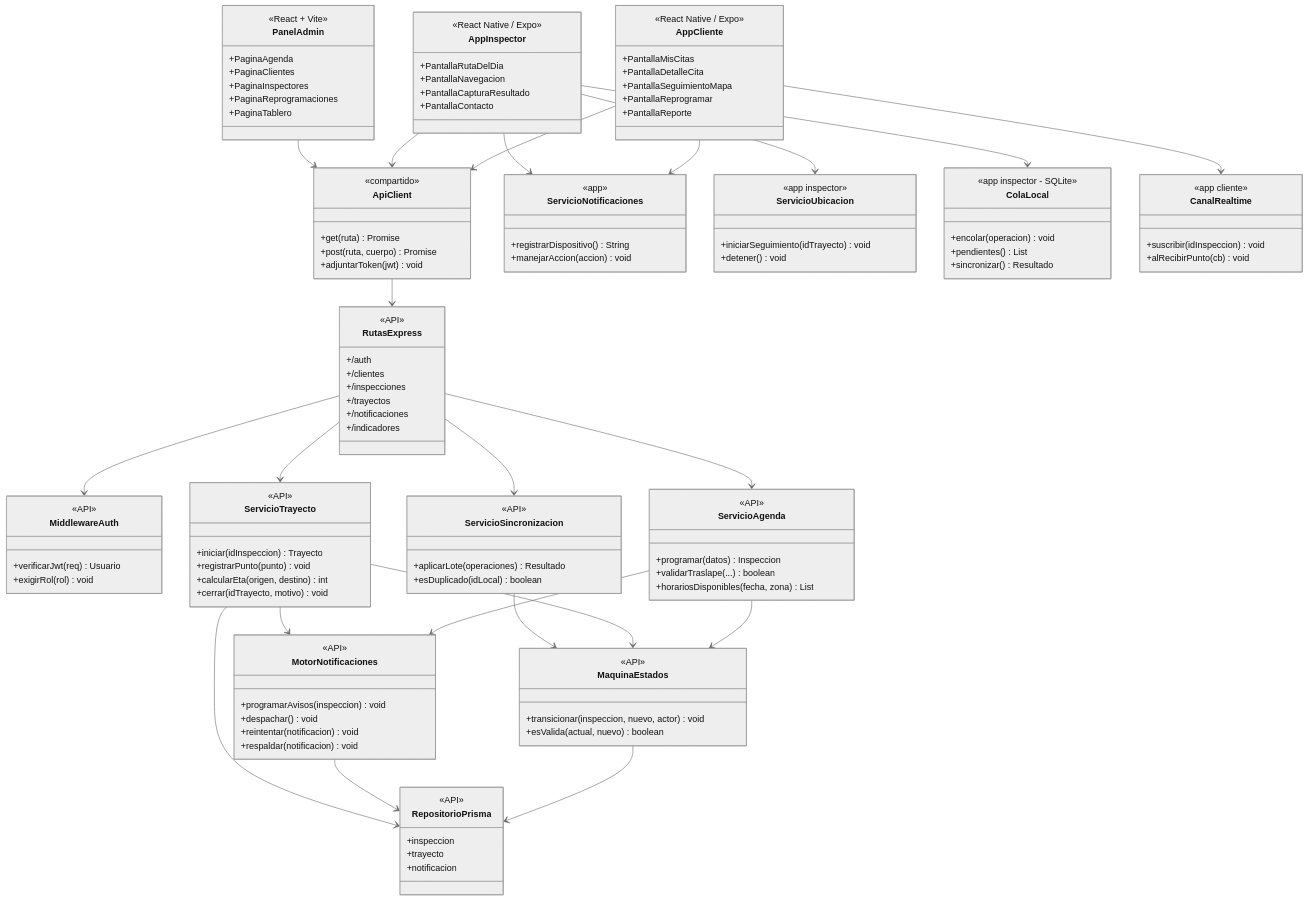
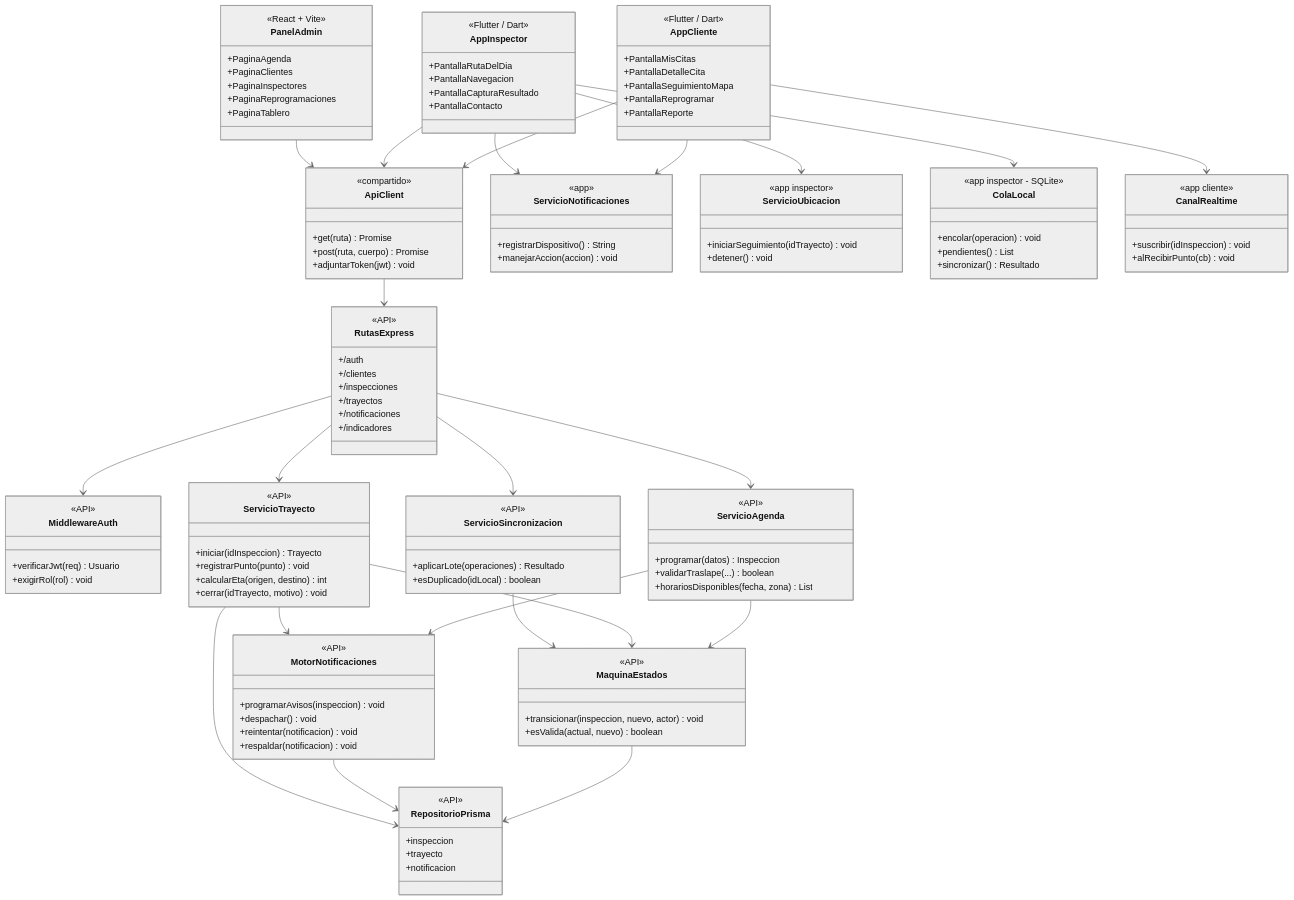
One commit to Marco324/agaveRoofing changed the fourth of 14 diagrams in docs/04_Diagramas_UML.md. Above: the diagram before and after it, drawn with Mermaid (neutral theme). The commit also changed other lines of this file and 327 other files, not shown here.

```diff
--- a/docs/04_Diagramas_UML.md
+++ b/docs/04_Diagramas_UML.md
@@ -347,7 +347,7 @@
     direction TB
 
     class AppCliente {
-        <<React Native / Expo>>
+        <<Flutter / Dart>>
         +PantallaMisCitas
         +PantallaDetalleCita
         +PantallaSeguimientoMapa
@@ -355,7 +355,7 @@
         +PantallaReporte
     }
     class AppInspector {
-        <<React Native / Expo>>
+        <<Flutter / Dart>>
         +PantallaRutaDelDia
         +PantallaNavegacion
         +PantallaCapturaResultado
```
